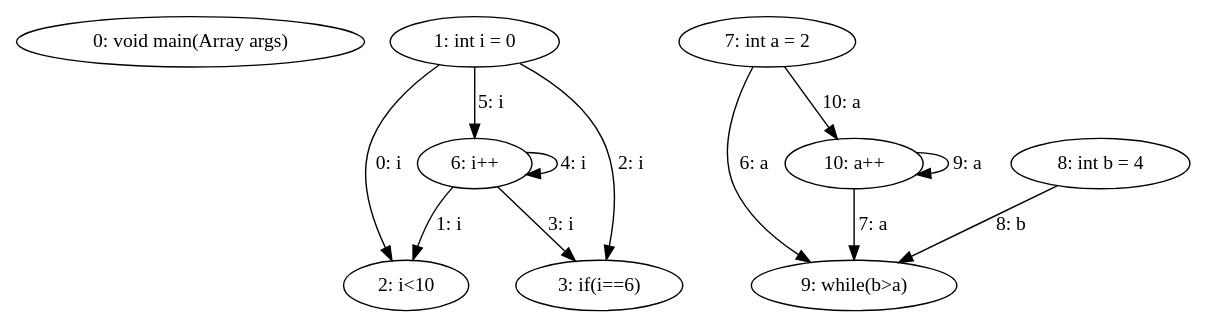
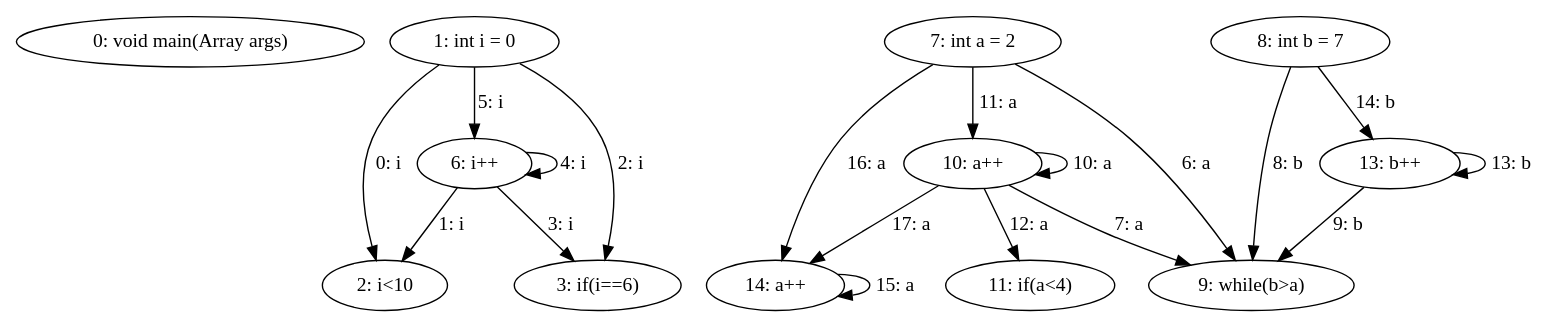
The diagram in export/for_break_example_dfg.dot (DominguesGM/comp_astanalyze), drawn with Graphviz before and after one commit. The commit also changed 25 other files, not shown here.

```diff
--- a/export/for_break_example_dfg.dot
+++ b/export/for_break_example_dfg.dot
@@ -1,22 +1,32 @@
 digraph G {
   1 [ label="0: void main(Array args)" ];
   2 [ label="1: int i = 0" ];
   3 [ label="2: i<10" ];
   4 [ label="3: if(i==6)" ];
   5 [ label="6: i++" ];
   6 [ label="7: int a = 2" ];
-  7 [ label="8: int b = 4" ];
+  7 [ label="8: int b = 7" ];
   8 [ label="9: while(b>a)" ];
   9 [ label="10: a++" ];
+  10 [ label="11: if(a<4)" ];
+  11 [ label="13: b++" ];
+  12 [ label="14: a++" ];
   2 -> 3 [ label="0: i" ];
   5 -> 3 [ label="1: i" ];
   2 -> 4 [ label="2: i" ];
   5 -> 4 [ label="3: i" ];
   5 -> 5 [ label="4: i" ];
   2 -> 5 [ label="5: i" ];
   6 -> 8 [ label="6: a" ];
   9 -> 8 [ label="7: a" ];
   7 -> 8 [ label="8: b" ];
-  9 -> 9 [ label="9: a" ];
-  6 -> 9 [ label="10: a" ];
+  11 -> 8 [ label="9: b" ];
+  9 -> 9 [ label="10: a" ];
+  6 -> 9 [ label="11: a" ];
+  9 -> 10 [ label="12: a" ];
+  11 -> 11 [ label="13: b" ];
+  7 -> 11 [ label="14: b" ];
+  12 -> 12 [ label="15: a" ];
+  6 -> 12 [ label="16: a" ];
+  9 -> 12 [ label="17: a" ];
 }
```
